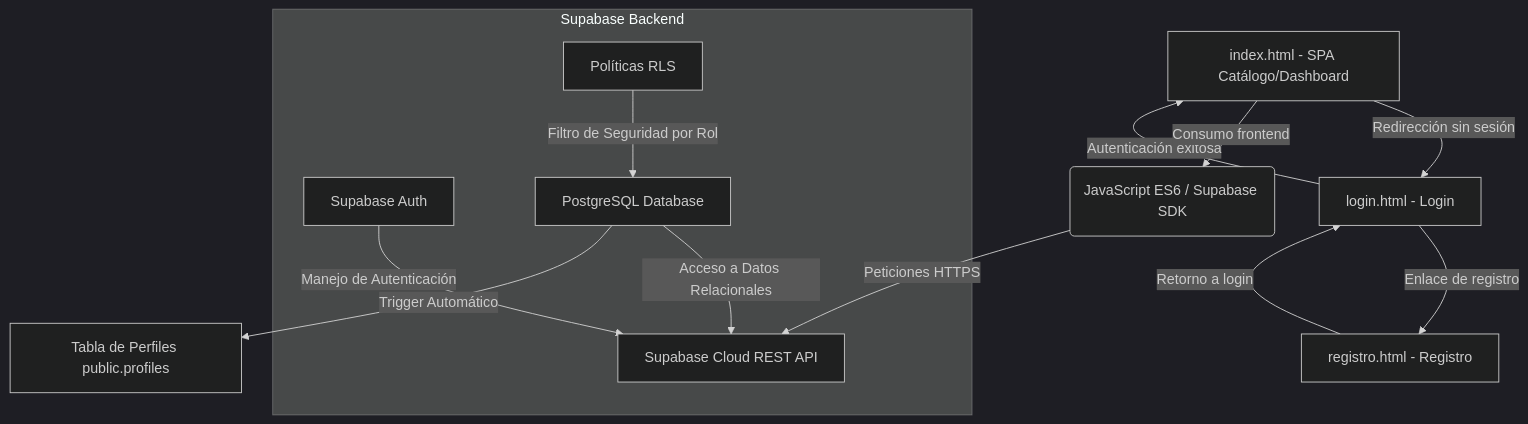
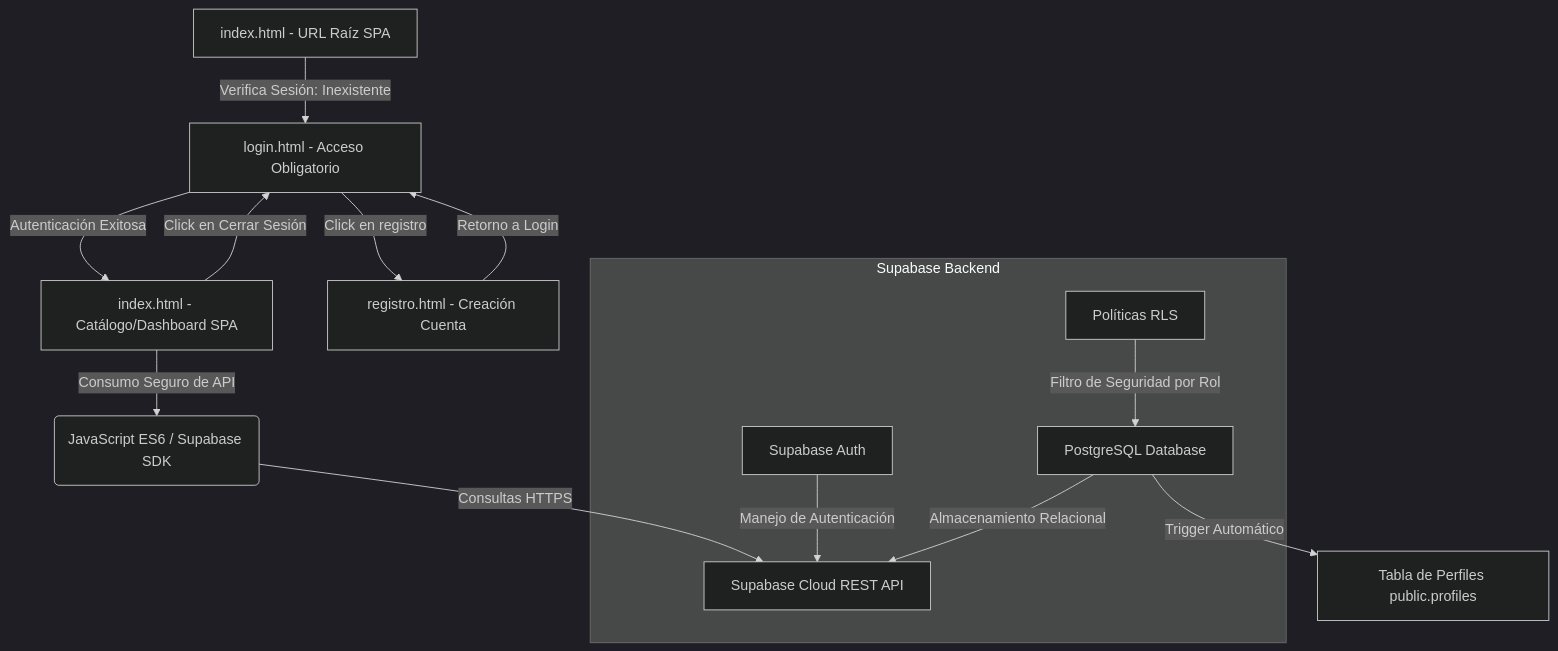
One commit to XLN-GLR/Sistema-de-Control-de-Inventario changed the diagram in README.md. Above: the diagram before and after it, drawn with Mermaid (dark theme). The commit also changed 1 other file, not shown here.

Commit message:
Refactor: Forzando inicio de sesión obligatorio antes de ingresar al dashboard y catálogo

````diff
--- a/README.md
+++ b/README.md
@@ -26,17 +26,18 @@
 ```mermaid
 graph TD
-    A[index.html - SPA Catálogo/Dashboard] -->|Redirección sin sesión| H[login.html - Login]
-    H -->|Enlace de registro| I[registro.html - Registro]
-    I -->|Retorno a login| H
-    H -->|Autenticación exitosa| A
-    A -->|Consumo frontend| B(JavaScript ES6 / Supabase SDK)
-    B -->|Peticiones HTTPS| C[Supabase Cloud REST API]
+    Root[index.html - URL Raíz SPA] -->|Verifica Sesión: Inexistente| B[login.html - Acceso Obligatorio]
+    B -->|Click en registro| C[registro.html - Creación Cuenta]
+    C -->|Retorno a Login| B
+    B -->|Autenticación Exitosa| D[index.html - Catálogo/Dashboard SPA]
+    D -->|Click en Cerrar Sesión| B
+    D -->|Consumo Seguro de API| E(JavaScript ES6 / Supabase SDK)
+    E -->|Consultas HTTPS| F[Supabase Cloud REST API]
     
     subgraph Supabase Backend
-        D[Supabase Auth] -->|Manejo de Autenticación| C
-        E[PostgreSQL Database] -->|Acceso a Datos Relacionales| C
-        F[Políticas RLS] -->|Filtro de Seguridad por Rol| E
+        G[Supabase Auth] -->|Manejo de Autenticación| F
+        H[PostgreSQL Database] -->|Almacenamiento Relacional| F
+        I[Políticas RLS] -->|Filtro de Seguridad por Rol| H
     end
 
-    E -->|Trigger Automático| G[Tabla de Perfiles public.profiles]
+    H -->|Trigger Automático| J[Tabla de Perfiles public.profiles]
 ```
````
